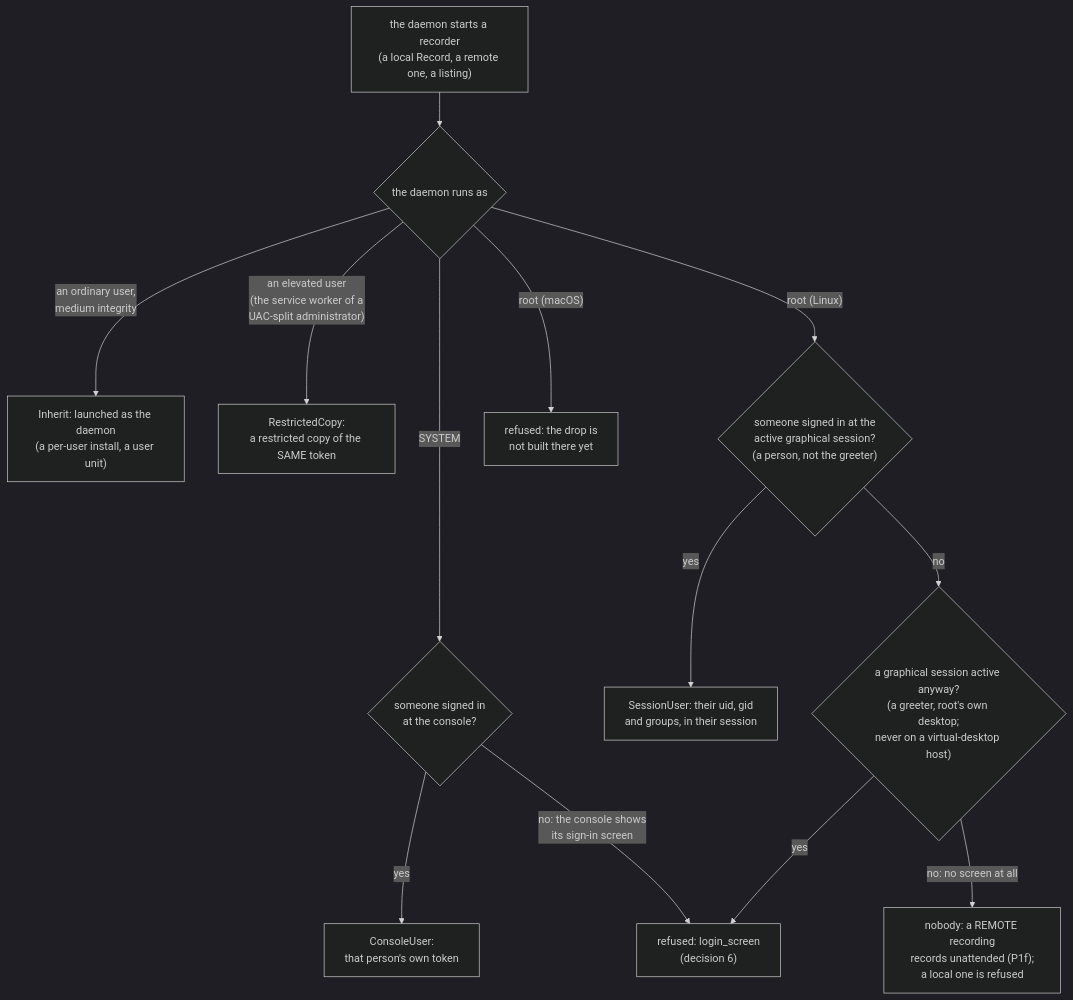
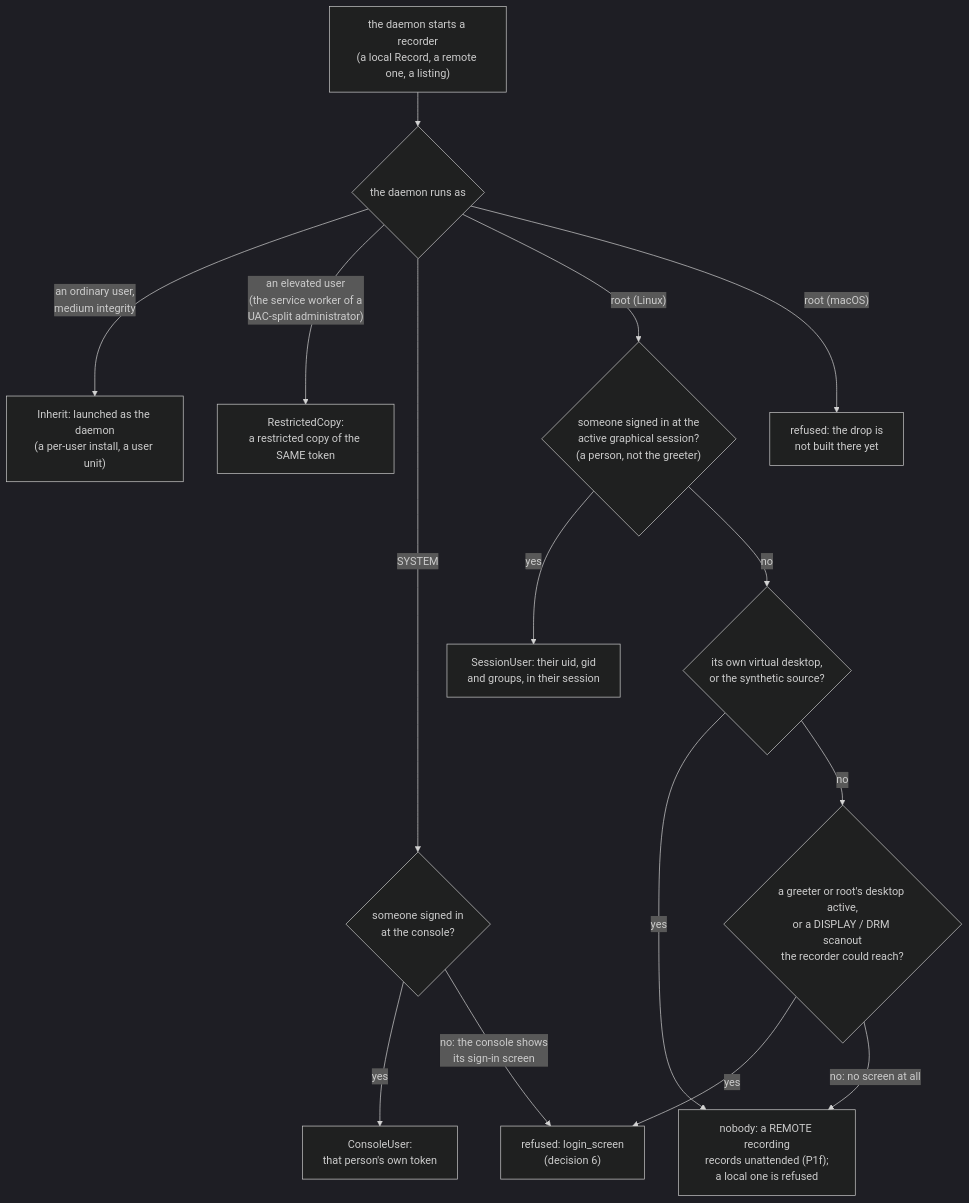
Before and after one commit to gjovanov/roomler-ai: the fifth of 13 diagrams in docs/recording.md, drawn with Mermaid (dark theme). The commit also changed other lines of this file and 6 other files, not shown here.

First line of the commit message:
fix(fr-85): review — "no logind session" is not "no screen"; a refusal keeps its name

````diff
--- a/docs/recording.md
+++ b/docs/recording.md
@@ -372,15 +372,17 @@
 ```mermaid
 flowchart TD
     D["the daemon starts a recorder<br/>(a local Record, a remote one, a listing)"] --> S{"the daemon runs as"}
     S -->|"an ordinary user,<br/>medium integrity"| I["Inherit: launched as the daemon<br/>(a per-user install, a user unit)"]
     S -->|"an elevated user<br/>(the service worker of a<br/>UAC-split administrator)"| R["RestrictedCopy:<br/>a restricted copy of the SAME token"]
     S -->|"SYSTEM"| C{"someone signed in<br/>at the console?"}
     C -->|yes| U["ConsoleUser:<br/>that person's own token"]
     C -->|"no: the console shows<br/>its sign-in screen"| LS["refused: login_screen<br/>(decision 6)"]
     S -->|"root (Linux)"| L{"someone signed in at the<br/>active graphical session?<br/>(a person, not the greeter)"}
     L -->|yes| SU["SessionUser: their uid, gid<br/>and groups, in their session"]
-    L -->|no| G{"a graphical session active anyway?<br/>(a greeter, root's own desktop;<br/>never on a virtual-desktop host)"}
+    L -->|no| V{"its own virtual desktop,<br/>or the synthetic source?"}
+    V -->|yes| N["nobody: a REMOTE recording<br/>records unattended (P1f);<br/>a local one is refused"]
+    V -->|no| G{"a greeter or root's desktop active,<br/>or a DISPLAY / DRM scanout<br/>the recorder could reach?"}
     G -->|yes| LS
-    G -->|"no: no screen at all"| N["nobody: a REMOTE recording<br/>records unattended (P1f);<br/>a local one is refused"]
+    G -->|"no: no screen at all"| N
     S -->|"root (macOS)"| X["refused: the drop is<br/>not built there yet"]
 ```
````
